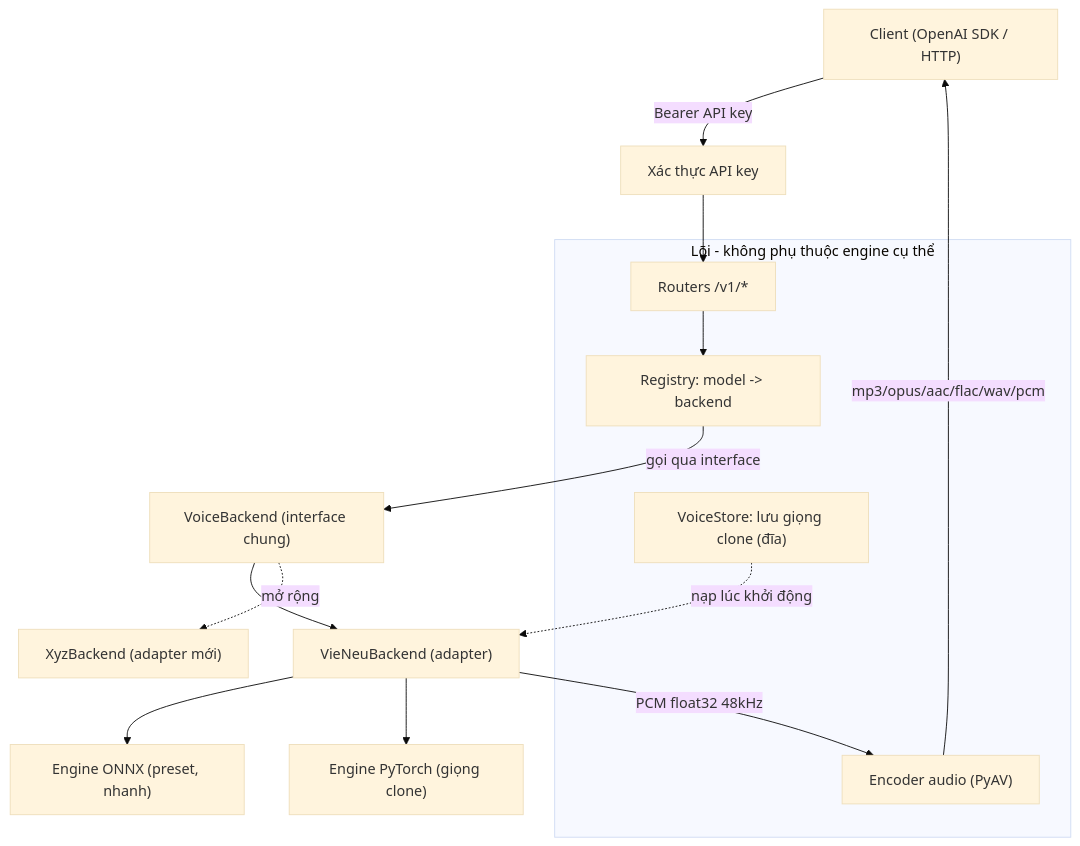
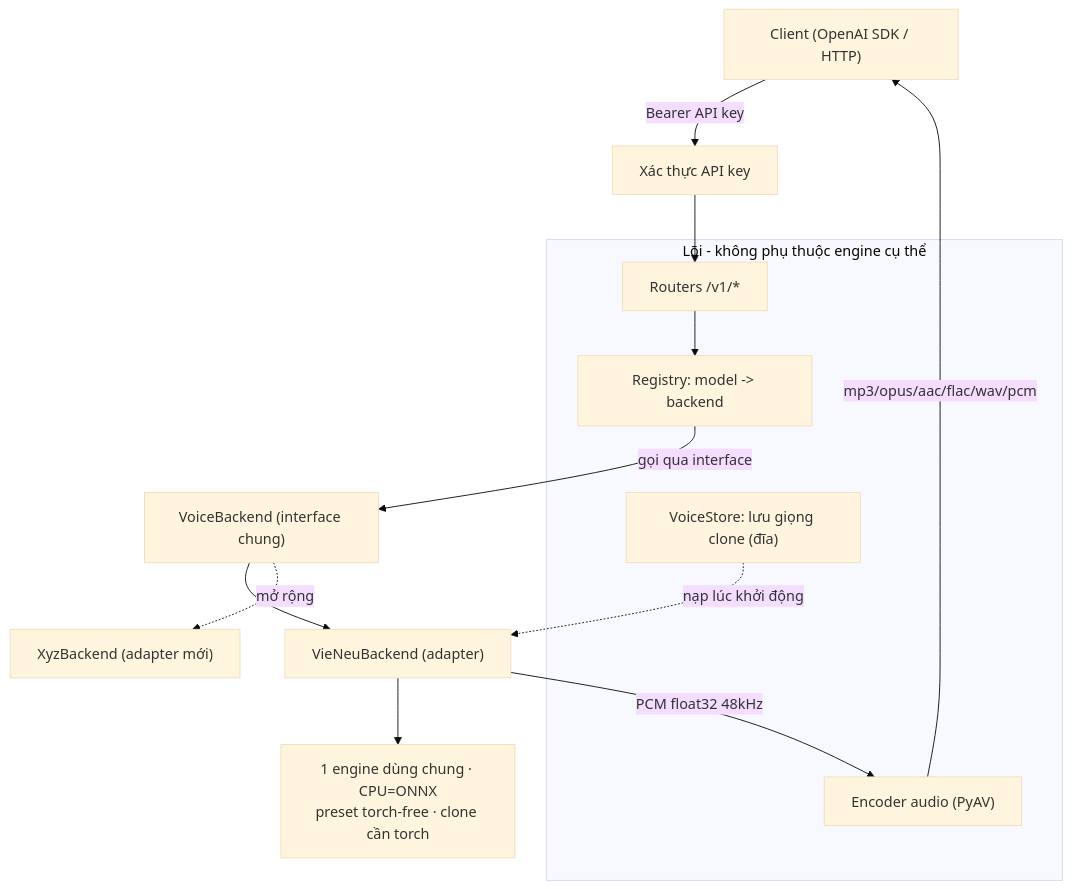
Before and after one commit to truongqv12/all_voice: the first of 4 diagrams in docs/kien-truc-va-mo-rong.md, drawn with Mermaid (base theme). The commit also changed other lines of this file and 9 other files, not shown here.

First line of the commit message:
refactor(voices): trim VieNeu tuning surface and unify engine

````diff
--- a/docs/kien-truc-va-mo-rong.md
+++ b/docs/kien-truc-va-mo-rong.md
@@ -29,22 +29,21 @@
 ```mermaid
 flowchart TD
     Client["Client (OpenAI SDK / HTTP)"] -->|"Bearer API key"| Auth["Xác thực API key"]
     Auth --> Routers["Routers /v1/*"]
 
     subgraph Core["Lõi - không phụ thuộc engine cụ thể"]
         Routers --> Registry["Registry: model -> backend"]
         Encoder["Encoder audio (PyAV)"]
         Store["VoiceStore: lưu giọng clone (đĩa)"]
     end
 
     Registry -->|"gọi qua interface"| Backend["VoiceBackend (interface chung)"]
     Backend --> VieNeu["VieNeuBackend (adapter)"]
     Backend -. mở rộng .-> Other["XyzBackend (adapter mới)"]
 
-    VieNeu --> ONNX["Engine ONNX (preset, nhanh)"]
-    VieNeu --> Torch["Engine PyTorch (giọng clone)"]
+    VieNeu --> Engine["1 engine dùng chung · CPU=ONNX<br/>preset torch-free · clone cần torch"]
 
     VieNeu -->|"PCM float32 48kHz"| Encoder
     Encoder -->|"mp3/opus/aac/flac/wav/pcm"| Client
     Store -. nạp lúc khởi động .-> VieNeu
 ```
````
